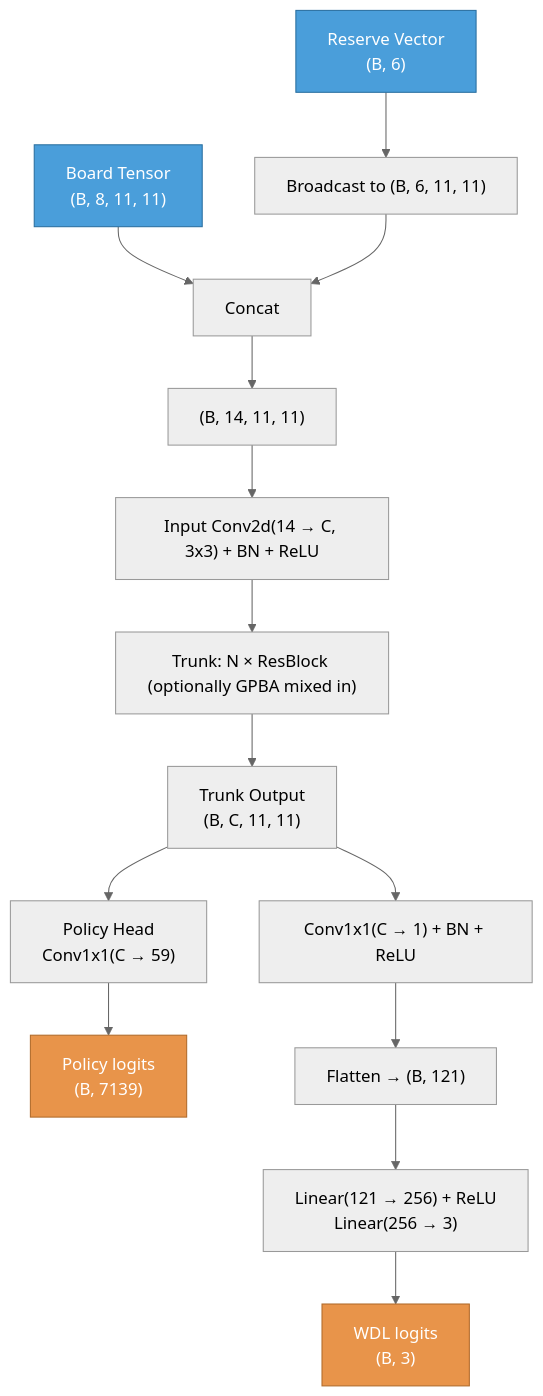
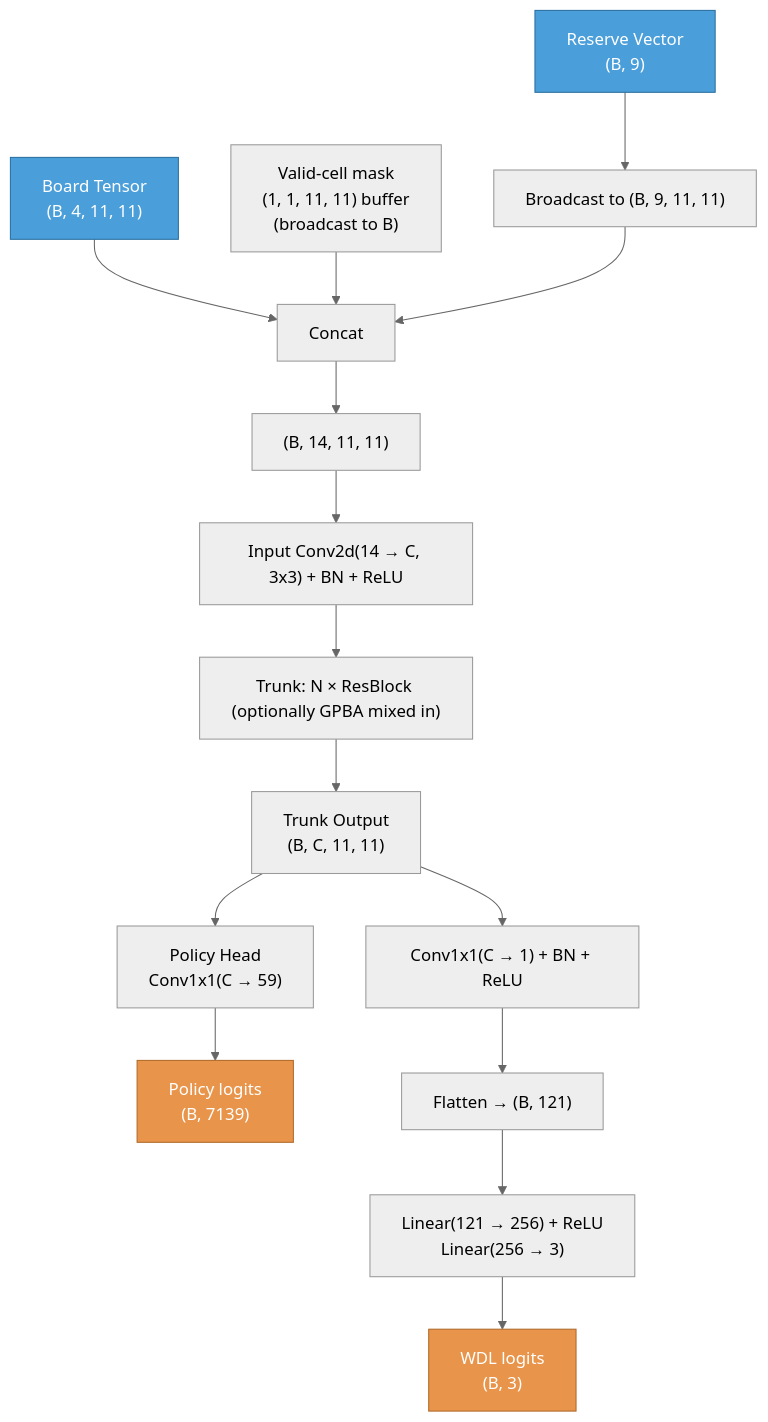
One commit to wldevries/hive-zero changed the diagram in docs/yinsh_model.md. Above: the diagram before and after it, drawn with Mermaid (neutral theme). The commit also changed other lines of this file and 4 other files, not shown here.

First line of the commit message:
Yinsh: drop valid mask + phase channels from transferred board

````diff
--- a/docs/yinsh_model.md
+++ b/docs/yinsh_model.md
@@ -5,22 +5,23 @@
 ```mermaid
 graph TD
-    BT["Board Tensor<br/>(B, 8, 11, 11)"]:::input --> CAT["Concat"]
-    RV["Reserve Vector<br/>(B, 6)"]:::input --> BC["Broadcast to (B, 6, 11, 11)"]
+    BT["Board Tensor<br/>(B, 4, 11, 11)"]:::input --> CAT["Concat"]
+    VM["Valid-cell mask<br/>(1, 1, 11, 11) buffer<br/>(broadcast to B)"] --> CAT
+    RV["Reserve Vector<br/>(B, 9)"]:::input --> BC["Broadcast to (B, 9, 11, 11)"]
     BC --> CAT
     CAT --> INPUT["(B, 14, 11, 11)"]
 
     INPUT --> IC["Input Conv2d(14 → C, 3x3) + BN + ReLU"]
     IC --> RB["Trunk: N × ResBlock (optionally GPBA mixed in)"]
     RB --> TRUNK["Trunk Output<br/>(B, C, 11, 11)"]
 
     TRUNK --> PH["Policy Head<br/>Conv1x1(C → 59)"]
     PH --> PO["Policy logits<br/>(B, 7139)"]:::output
 
     TRUNK --> VC["Conv1x1(C → 1) + BN + ReLU"]
     VC --> VF["Flatten → (B, 121)"]
     VF --> VFC["Linear(121 → 256) + ReLU<br/>Linear(256 → 3)"]
     VFC --> WDL["WDL logits<br/>(B, 3)"]:::output
 
     classDef input fill:#4a9eda,stroke:#2a6fa0,color:#fff
     classDef output fill:#e8944a,stroke:#b06a2a,color:#fff
 ```
````
